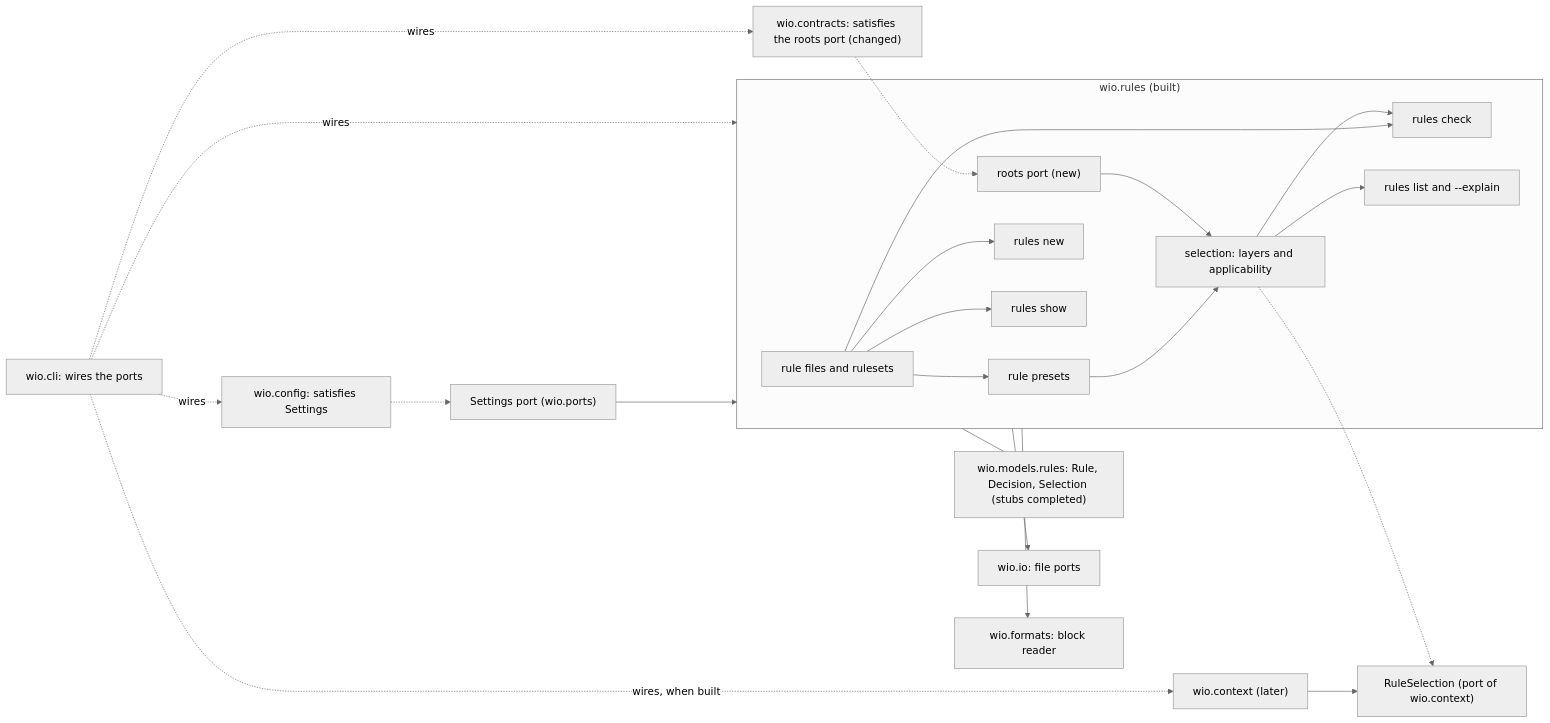
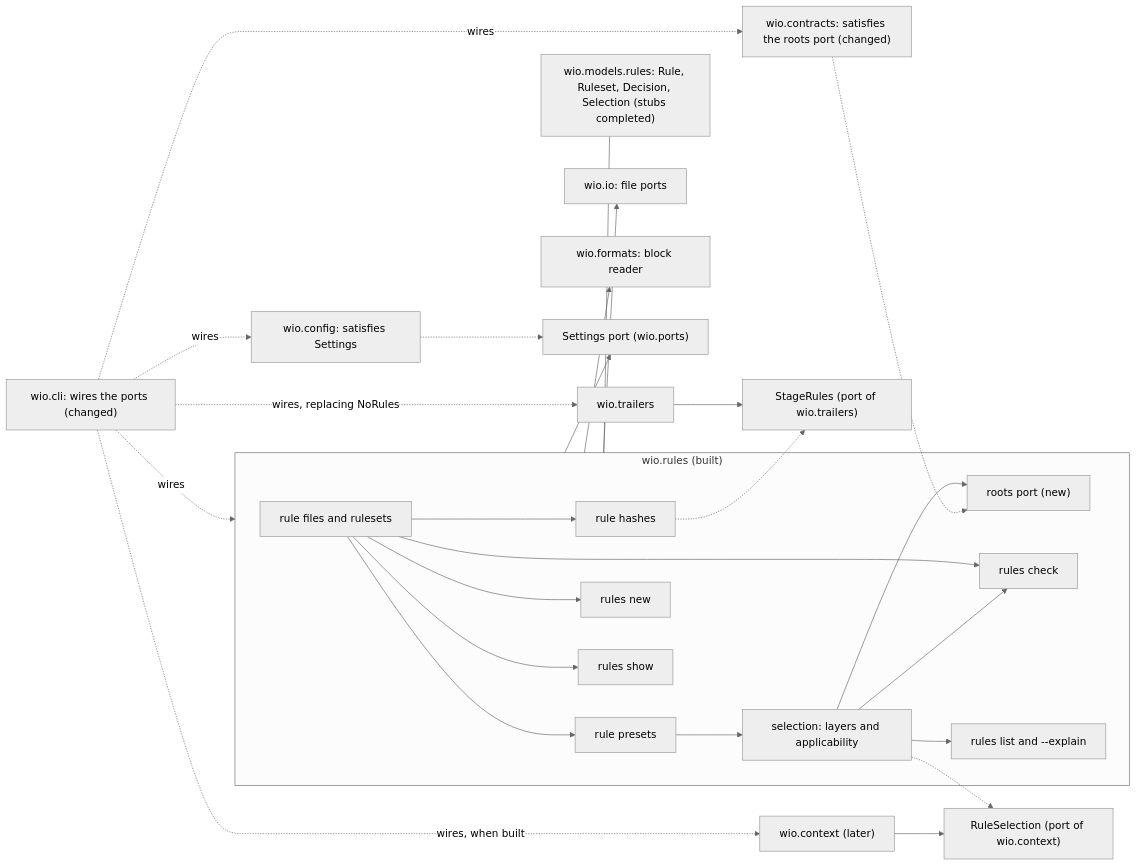
The second of 2 diagrams in .agents/wio/works/wio-rules/README.md (msitarz/wio), drawn with Mermaid (neutral theme) before and after one commit. The commit also changed other lines of this file, not shown here.

First line of the commit message:
docs(rules): cover StageRules, faults and the order of rules in the wio rules Work

````diff
--- a/.agents/wio/works/wio-rules/README.md
+++ b/.agents/wio/works/wio-rules/README.md
@@ -200,41 +242,48 @@
 ```mermaid
 flowchart LR
     subgraph rules["wio.rules (built)"]
         files["rule files and rulesets"]
         presets["rule presets"]
         select["selection: layers and applicability"]
+        hashes["rule hashes"]
         rootsport["roots port (new)"]
         new["rules new"]
         check["rules check"]
         list["rules list and --explain"]
         show["rules show"]
     end
-    models["wio.models.rules: Rule, Decision, Selection (stubs completed)"]
+    models["wio.models.rules: Rule, Ruleset, Decision, Selection (stubs completed)"]
     io["wio.io: file ports"]
     fmt["wio.formats: block reader"]
     settings["Settings port (wio.ports)"]
     selport["RuleSelection (port of wio.context)"]
+    stageport["StageRules (port of wio.trailers)"]
     config["wio.config: satisfies Settings"]
     contracts["wio.contracts: satisfies the roots port (changed)"]
     ctx["wio.context (later)"]
-    cli["wio.cli: wires the ports"]
+    trl["wio.trailers"]
+    cli["wio.cli: wires the ports (changed)"]
     files --> presets --> select
     files --> new
     files --> check
     files --> show
+    files --> hashes
     select --> check
     select --> list
-    rootsport --> select
+    select --> rootsport
     rules --- models
     rules --> io
     rules --> fmt
-    settings --> rules
+    rules --> settings
     config -.-> settings
     contracts -.-> rootsport
     select -.-> selport
+    hashes -.-> stageport
     ctx --> selport
+    trl --> stageport
     cli -. "wires" .-> rules
     cli -. "wires" .-> config
     cli -. "wires" .-> contracts
+    cli -. "wires, replacing NoRules" .-> trl
     cli -. "wires, when built" .-> ctx
 ```
````
